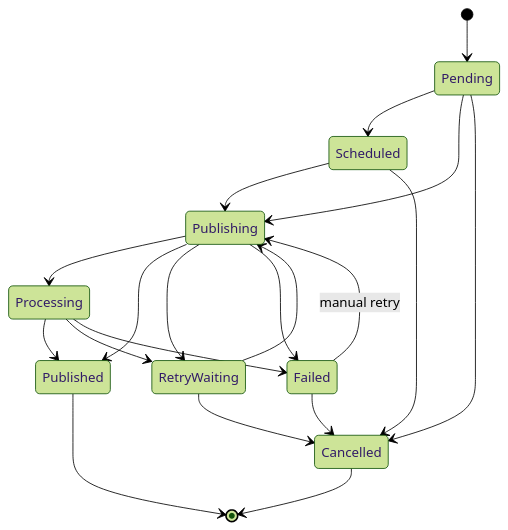
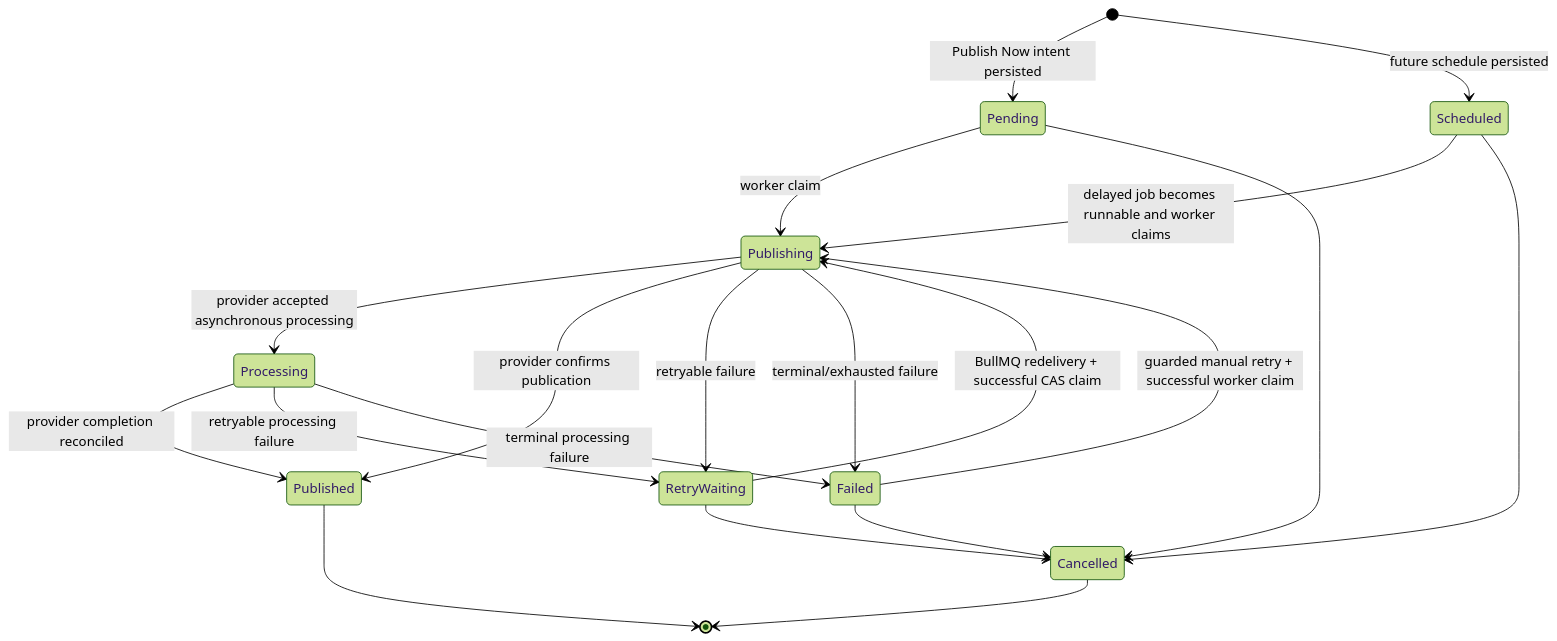
One commit to vitoo16/recruitops-platform changed the diagram in docs/diagrams/publication-state.md. Above: the diagram before and after it, drawn with Mermaid (forest theme). The commit also changed other lines of this file, not shown here.

Commit message:
docs: clarify publication lifecycle operations

````diff
--- a/docs/diagrams/publication-state.md
+++ b/docs/diagrams/publication-state.md
@@ -3,22 +3,29 @@
 ```mermaid
 stateDiagram-v2
-    [*] --> Pending
-    Pending --> Scheduled
-    Pending --> Publishing
+    [*] --> Pending: Publish Now intent persisted
+    [*] --> Scheduled: future schedule persisted
+
+    Pending --> Publishing: worker claim
     Pending --> Cancelled
-    Scheduled --> Publishing
+
+    Scheduled --> Publishing: delayed job becomes runnable and worker claims
     Scheduled --> Cancelled
-    Publishing --> Processing
-    Publishing --> Published
-    Publishing --> RetryWaiting
-    Publishing --> Failed
-    Processing --> Published
-    Processing --> RetryWaiting
-    Processing --> Failed
-    RetryWaiting --> Publishing
+
+    Publishing --> Processing: provider accepted asynchronous processing
+    Publishing --> Published: provider confirms publication
+    Publishing --> RetryWaiting: retryable failure
+    Publishing --> Failed: terminal/exhausted failure
+
+    Processing --> Published: provider completion reconciled
+    Processing --> RetryWaiting: retryable processing failure
+    Processing --> Failed: terminal processing failure
+
+    RetryWaiting --> Publishing: BullMQ redelivery + successful CAS claim
     RetryWaiting --> Cancelled
-    Failed --> Publishing: manual retry
+
+    Failed --> Publishing: guarded manual retry + successful worker claim
     Failed --> Cancelled
+
     Published --> [*]
     Cancelled --> [*]
 ```
````
